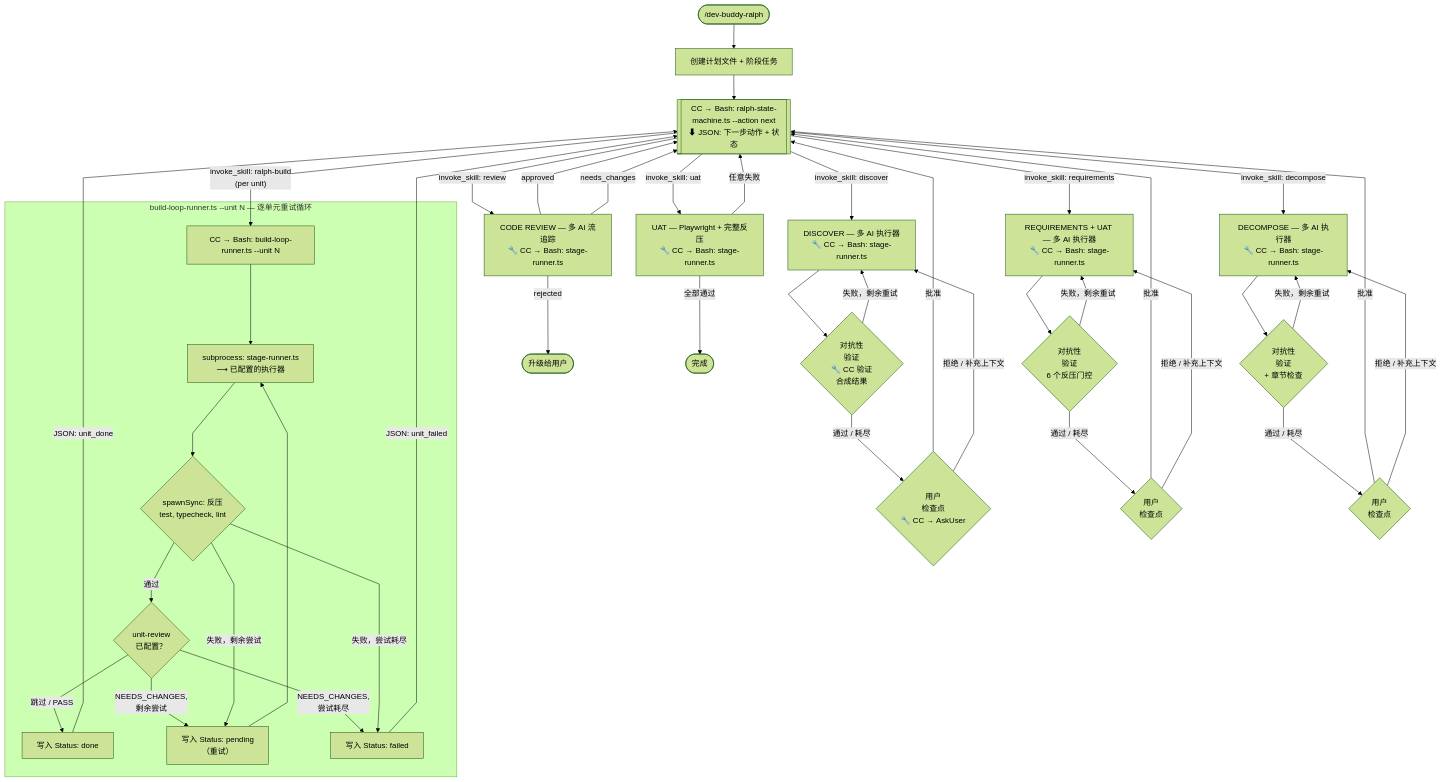
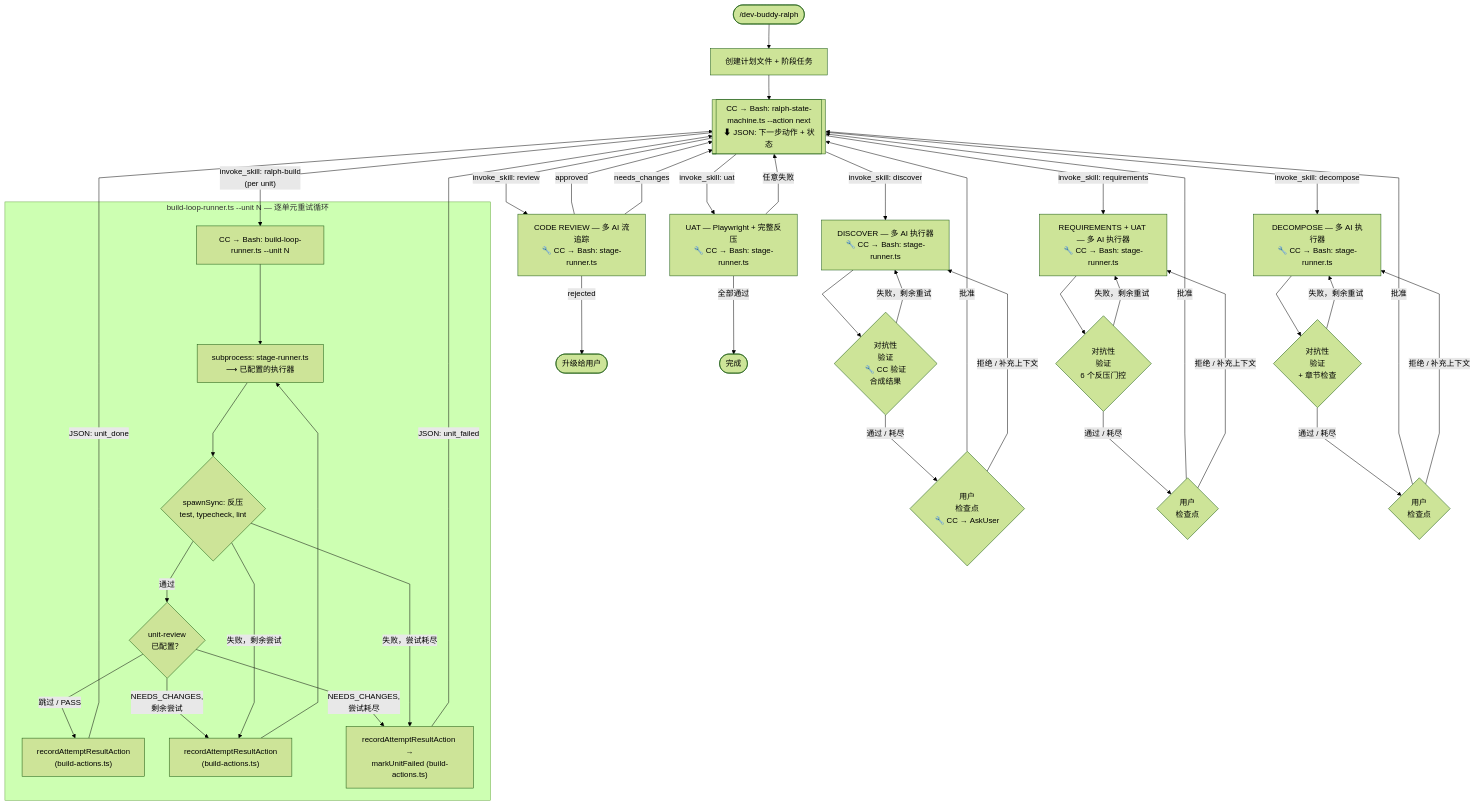
Before and after one commit to Z-M-Huang/vcp: the first of 2 diagrams in plugins/dev-buddy/README.zh.md, drawn with Mermaid (forest theme). The commit also changed other lines of this file and 12 other files, not shown here.

````diff
--- a/plugins/dev-buddy/README.zh.md
+++ b/plugins/dev-buddy/README.zh.md
@@ -27,72 +27,72 @@
 ```mermaid
 ---
 config:
   flowchart:
     curve: linear
 ---
 flowchart TD
     START(["/dev-buddy-ralph"]) --> INIT["创建计划文件 + 阶段任务"]
     INIT --> Q1
 
     Q1[["CC → Bash: ralph-state-machine.ts --action next<br/>⬇ JSON: 下一步动作 + 状态"]]
 
     Q1 -->|"invoke_skill: discover"| D
     D["DISCOVER — 多 AI 执行器<br/>🔧 CC → Bash: stage-runner.ts"]
     D --> D_VAL{"对抗性<br/>验证<br/>🔧 CC 验证<br/>合成结果"}
     D_VAL -->|失败，剩余重试| D
     D_VAL -->|通过 / 耗尽| D_UC{"用户<br/>检查点<br/>🔧 CC → AskUser"}
     D_UC -->|批准| Q1
     D_UC -->|拒绝 / 补充上下文| D
 
     Q1 -->|"invoke_skill: requirements"| R
     R["REQUIREMENTS + UAT — 多 AI 执行器<br/>🔧 CC → Bash: stage-runner.ts"]
     R --> R_VAL{"对抗性<br/>验证<br/>6 个反压门控"}
     R_VAL -->|失败，剩余重试| R
     R_VAL -->|通过 / 耗尽| R_UC{"用户<br/>检查点"}
     R_UC -->|批准| Q1
     R_UC -->|拒绝 / 补充上下文| R
 
     Q1 -->|"invoke_skill: decompose"| DC
     DC["DECOMPOSE — 多 AI 执行器<br/>🔧 CC → Bash: stage-runner.ts"]
     DC --> DC_VAL{"对抗性<br/>验证<br/>+ 章节检查"}
     DC_VAL -->|失败，剩余重试| DC
     DC_VAL -->|通过 / 耗尽| DC_UC{"用户<br/>检查点"}
     DC_UC -->|批准| Q1
     DC_UC -->|拒绝 / 补充上下文| DC
 
     Q1 -->|"invoke_skill: ralph-build<br/>(per unit)"| BUILD_ENTRY
 
     subgraph BUILD_MECHANICAL["build-loop-runner.ts --unit N — 逐单元重试循环"]
         BUILD_ENTRY["CC → Bash: build-loop-runner.ts --unit N"]
         B_DISPATCH["subprocess: stage-runner.ts<br/>⟶ 已配置的执行器"]
         B_BP{"spawnSync: 反压<br/>test, typecheck, lint"}
         B_REVIEW{"unit-review<br/>已配置？"}
-        B_WRITE_PASS["写入 Status: done"]
-        B_RETRY["写入 Status: pending<br/>（重试）"]
-        B_FAILED["写入 Status: failed"]
+        B_WRITE_PASS["recordAttemptResultAction<br/>(build-actions.ts)"]
+        B_RETRY["recordAttemptResultAction<br/>(build-actions.ts)"]
+        B_FAILED["recordAttemptResultAction →<br/>markUnitFailed (build-actions.ts)"]
 
         BUILD_ENTRY --> B_DISPATCH
         B_DISPATCH --> B_BP
         B_BP -->|通过| B_REVIEW
         B_REVIEW -->|"跳过 / PASS"| B_WRITE_PASS
         B_REVIEW -->|"NEEDS_CHANGES,<br/>剩余尝试"| B_RETRY
         B_REVIEW -->|"NEEDS_CHANGES,<br/>尝试耗尽"| B_FAILED
         B_BP -->|失败，剩余尝试| B_RETRY
         B_RETRY --> B_DISPATCH
         B_BP -->|失败，尝试耗尽| B_FAILED
     end
 
     B_WRITE_PASS -->|"JSON: unit_done"| Q1
     B_FAILED -->|"JSON: unit_failed"| Q1
 
     Q1 -->|"invoke_skill: review"| CR
     CR["CODE REVIEW — 多 AI 流追踪<br/>🔧 CC → Bash: stage-runner.ts"]
     CR -->|approved| Q1
     CR -->|needs_changes| Q1
     CR -->|rejected| STOP([升级给用户])
 
     Q1 -->|"invoke_skill: uat"| UAT
     UAT["UAT — Playwright + 完整反压<br/>🔧 CC → Bash: stage-runner.ts"]
     UAT -->|全部通过| DONE([完成])
     UAT -->|任意失败| Q1
 ```
````
